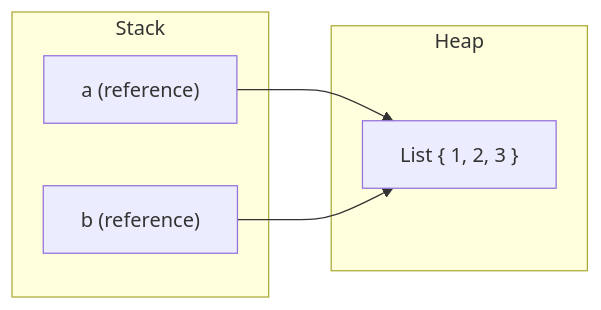
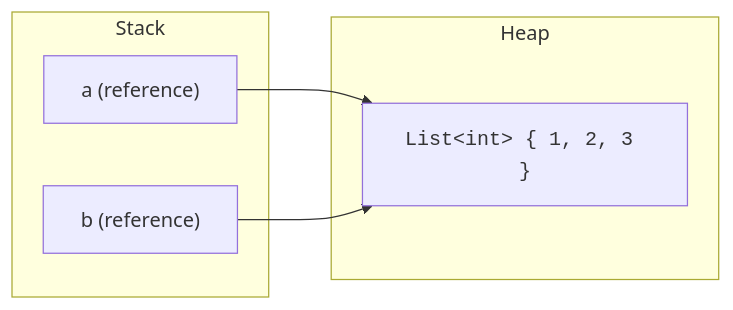
The third of 4 diagrams in content/learn/intro-modern-csharp/type-system.mdx (dataslope/dataslope), drawn with Mermaid before and after one commit. The commit also changed other lines of this file and 218 other files, not shown here.

First line of the commit message:
Render code-only mermaid shapes in monospace; convert step sequences to Steps (#467)

````diff
--- a/content/learn/intro-modern-csharp/type-system.mdx
+++ b/content/learn/intro-modern-csharp/type-system.mdx
@@ -192,12 +192,12 @@
 ```mermaid
 flowchart LR
     subgraph Stack
         A["a (reference)"]
         B["b (reference)"]
     end
     subgraph Heap
-        O["List<int> { 1, 2, 3 }"]
+        O["<code>List&lt;int&gt; { 1, 2, 3 }</code>"]
     end
     A --> O
     B --> O
 ```
````
